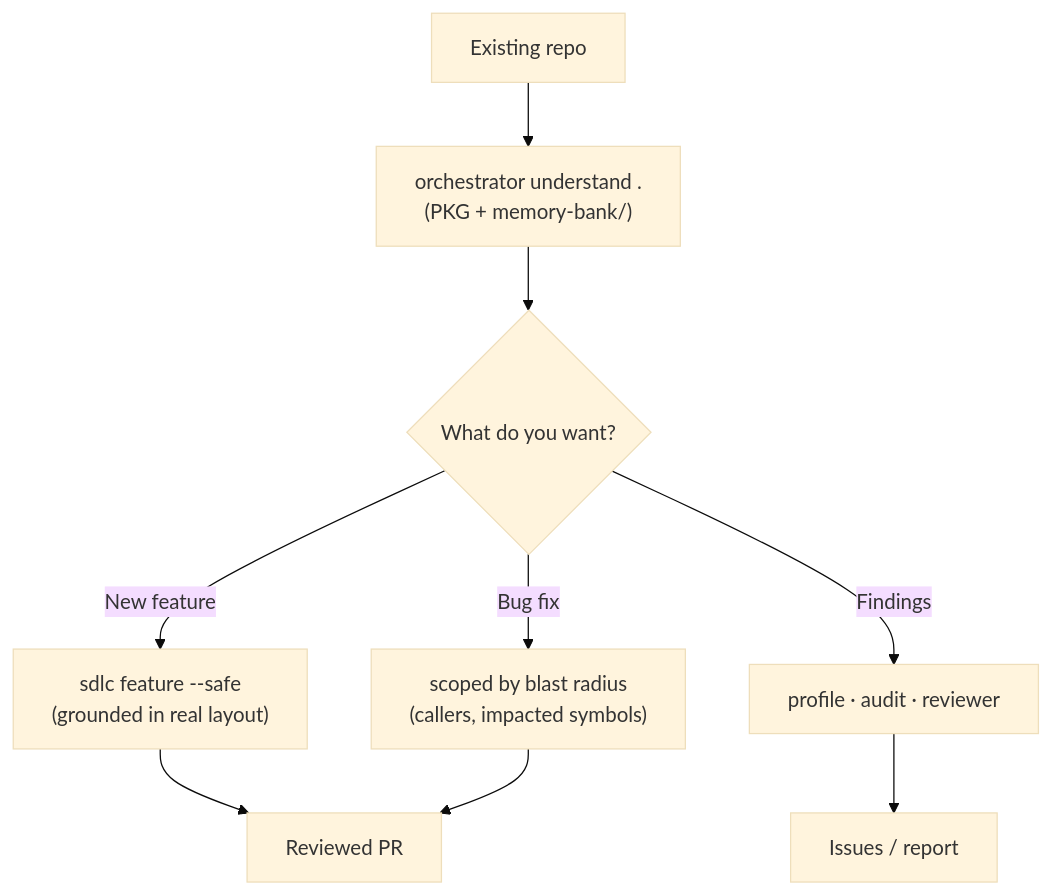
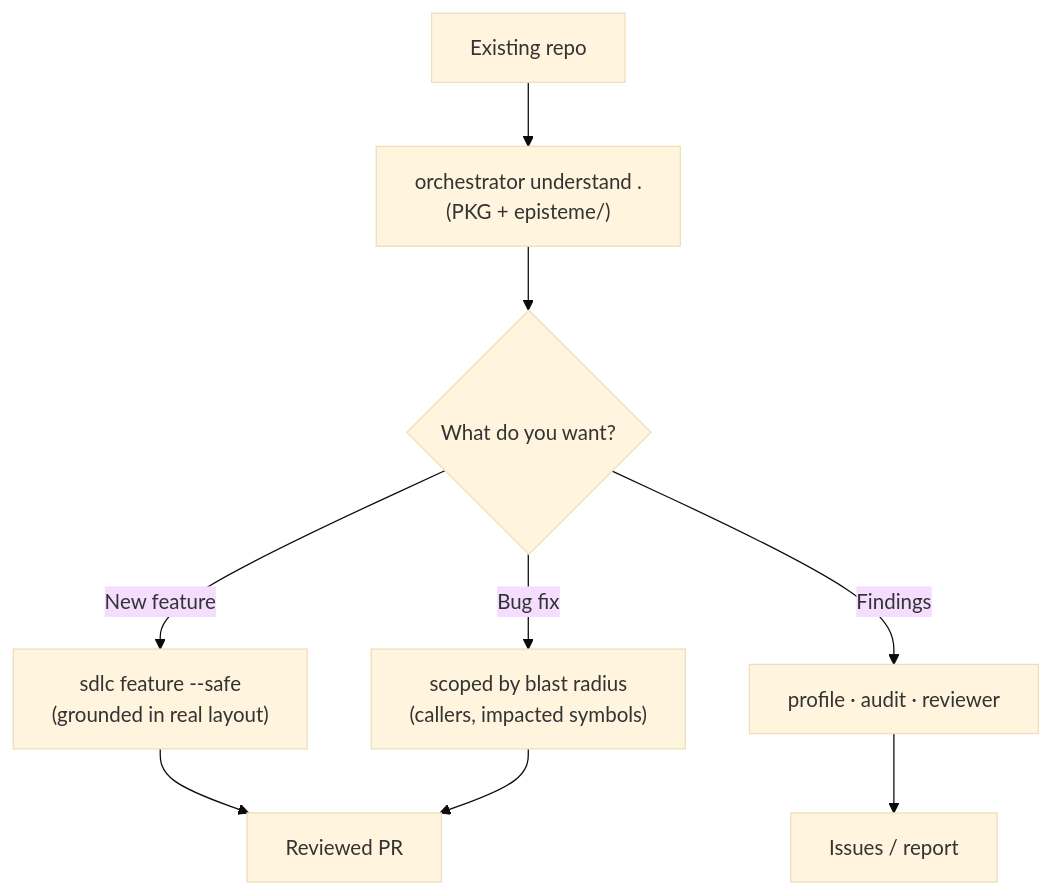
One commit to synaptixs/spine changed the fourth of 5 diagrams in KNOWLEDGE_GRAPH.md. Above: the diagram before and after it, drawn with Mermaid (base theme). The commit also changed other lines of this file and 32 other files, not shown here.

````diff
--- a/KNOWLEDGE_GRAPH.md
+++ b/KNOWLEDGE_GRAPH.md
@@ -281,11 +281,11 @@
 ```mermaid
 flowchart TD
-    A["Existing repo"] --> B["orchestrator understand .<br/>(PKG + memory-bank/)"]
+    A["Existing repo"] --> B["orchestrator understand .<br/>(PKG + episteme/)"]
     B --> C{What do you want?}
     C -->|New feature| D["sdlc feature --safe<br/>(grounded in real layout)"]
     C -->|Bug fix| E["scoped by blast radius<br/>(callers, impacted symbols)"]
     C -->|Findings| F["profile · audit · reviewer"]
     D --> G["Reviewed PR"]
     E --> G
     F --> H["Issues / report"]
 ```
````
